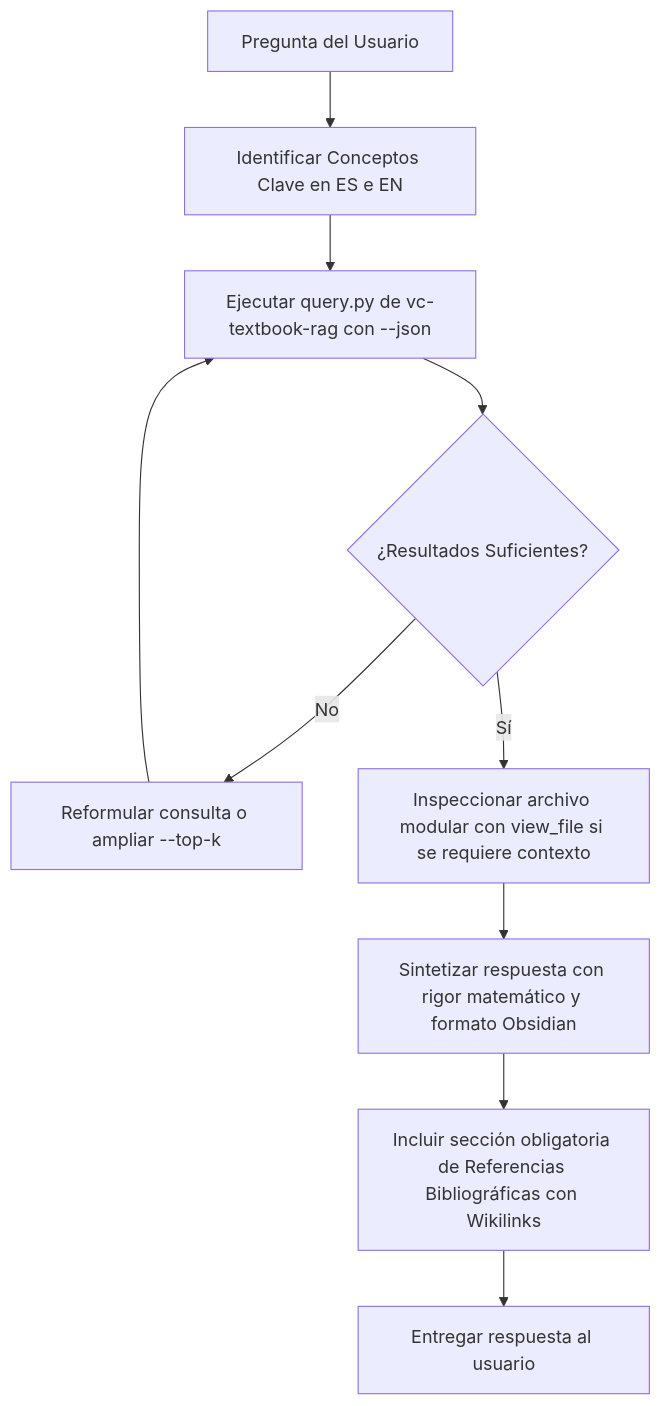
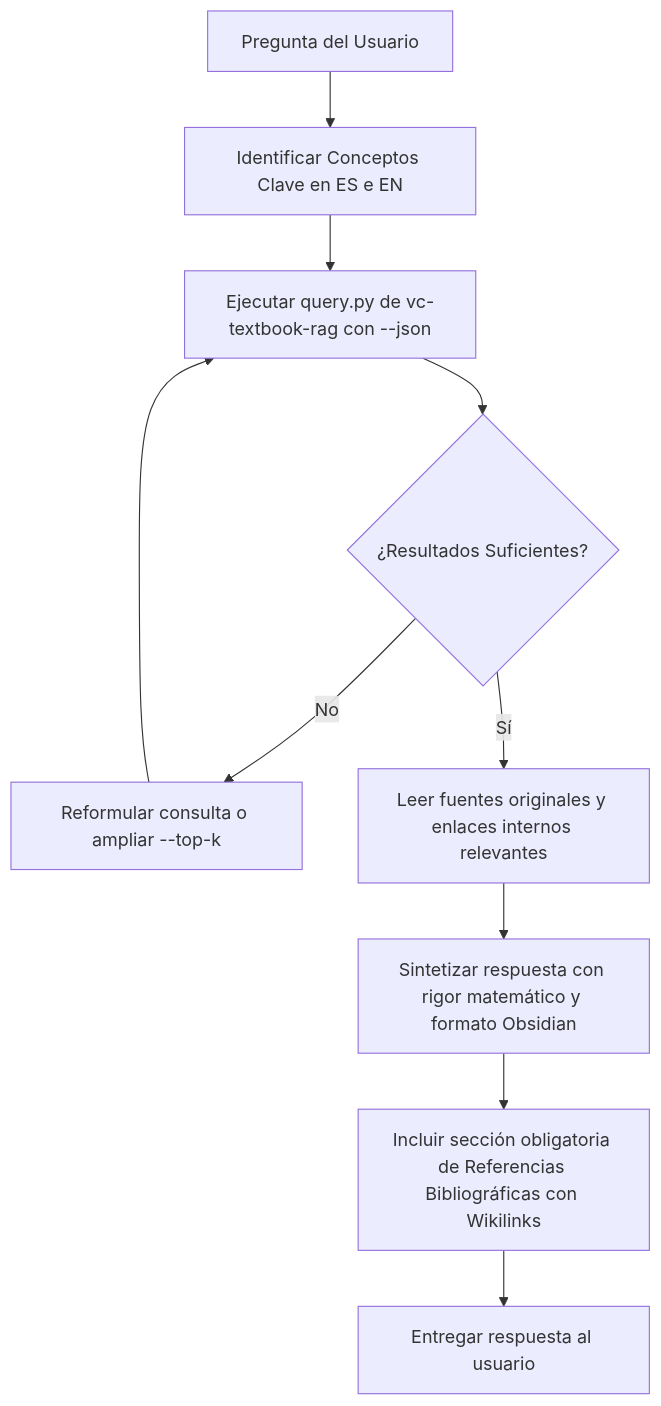
One commit to DanielChicoUGR/VC_APUNTES changed the diagram in AGENTS.md. Above: the diagram before and after it, drawn with Mermaid. The commit also changed other lines of this file and 4 other files, not shown here.

````diff
--- a/AGENTS.md
+++ b/AGENTS.md
@@ -114,12 +114,12 @@
 ```mermaid
 flowchart TD
     A[Pregunta del Usuario] --> B[Identificar Conceptos Clave en ES e EN]
     B --> C[Ejecutar query.py de vc-textbook-rag con --json]
     C --> D{¿Resultados Suficientes?}
     D -- No --> E[Reformular consulta o ampliar --top-k]
     E --> C
-    D -- Sí --> F[Inspeccionar archivo modular con view_file si se requiere contexto]
+    D -- Sí --> F[Leer fuentes originales y enlaces internos relevantes]
     F --> G[Sintetizar respuesta con rigor matemático y formato Obsidian]
     G --> H[Incluir sección obligatoria de Referencias Bibliográficas con Wikilinks]
     H --> I[Entregar respuesta al usuario]
 ```
````
